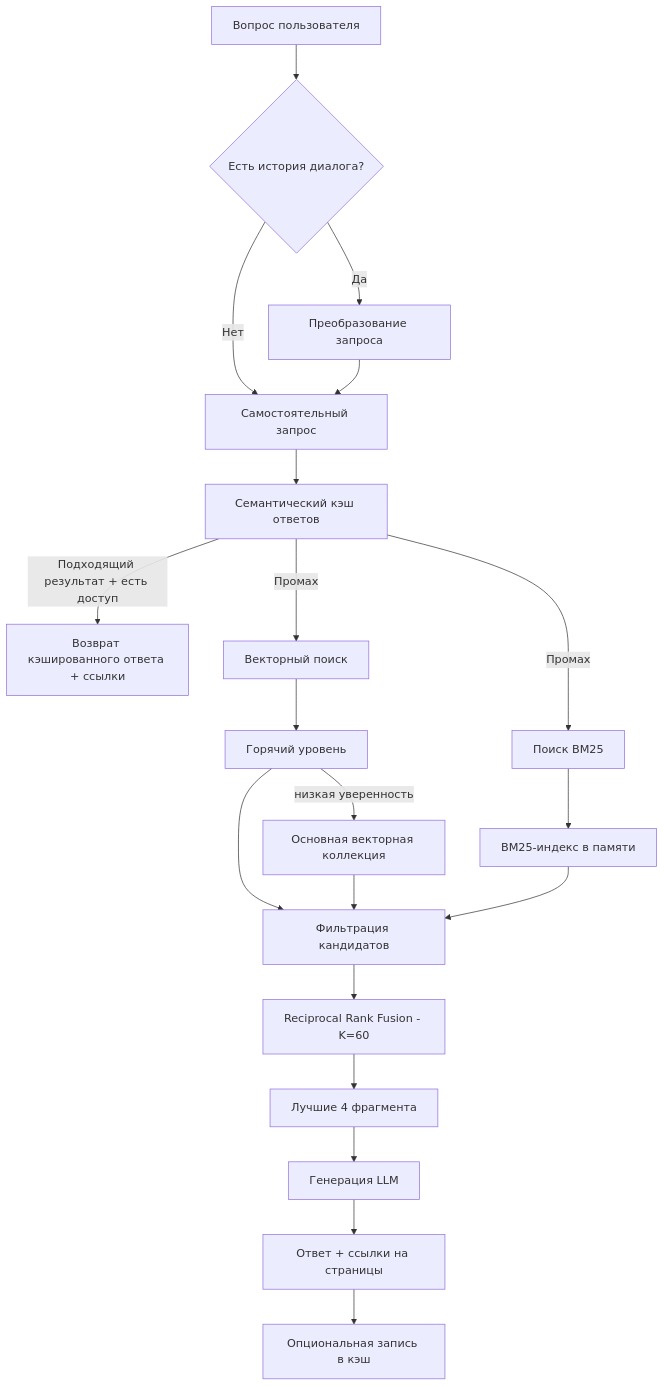
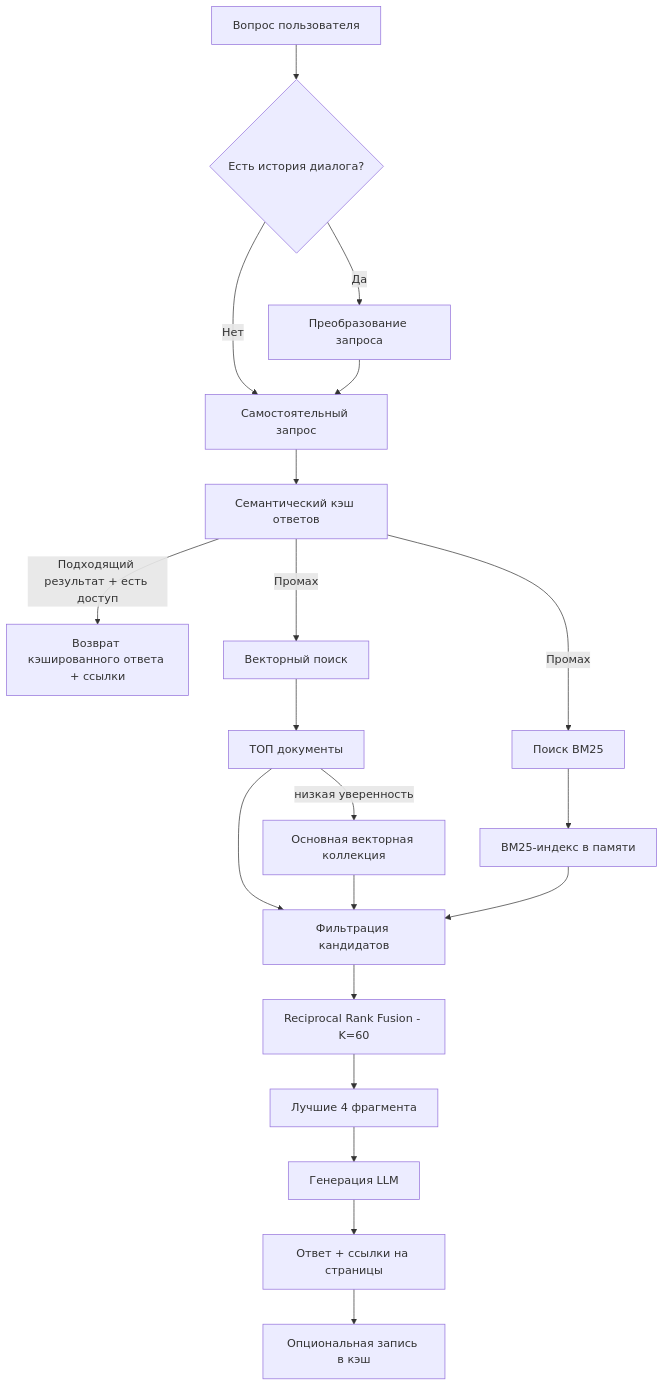
One commit to edikhanbayev/Citation-Grounded-RAG-System changed the diagram in README.md. Above: the diagram before and after it, drawn with Mermaid. The commit also changed other lines of this file, not shown here.

Commit message:
changes in README.md

````diff
--- a/README.md
+++ b/README.md
@@ -28,22 +28,22 @@
 ```mermaid
 flowchart TD
     A[Вопрос пользователя] --> B{Есть история диалога?}
     B -- Да --> C[Преобразование запроса]
     B -- Нет --> D[Самостоятельный запрос]
     C --> D
     D --> E[Семантический кэш ответов]
     E -- Подходящий результат + есть доступ --> Z[Возврат кэшированного ответа + ссылки]
     E -- Промах --> F1[Векторный поиск]
     E -- Промах --> F2[Поиск BM25]
-    F1 --> G1[Горячий уровень]
+    F1 --> G1[ТОП документы]
     G1 -->|низкая уверенность| G2[Основная векторная коллекция]
     F2 --> H[BM25-индекс в памяти]
     G1 --> I[Фильтрация кандидатов]
     G2 --> I
     H --> I
     I --> J[Reciprocal Rank Fusion - K=60]
     J --> K[Лучшие 4 фрагмента]
     K --> L[Генерация LLM]
     L --> M[Ответ + ссылки на страницы]
     M --> N[Опциональная запись в кэш]
 ```
````
